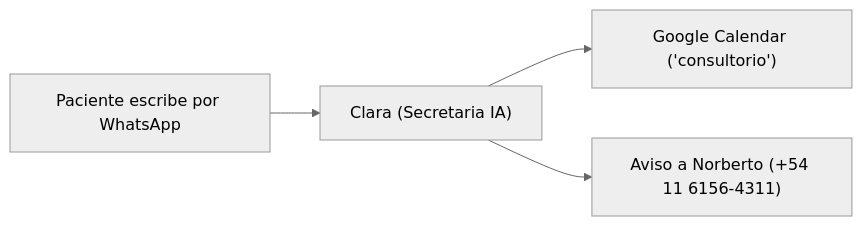
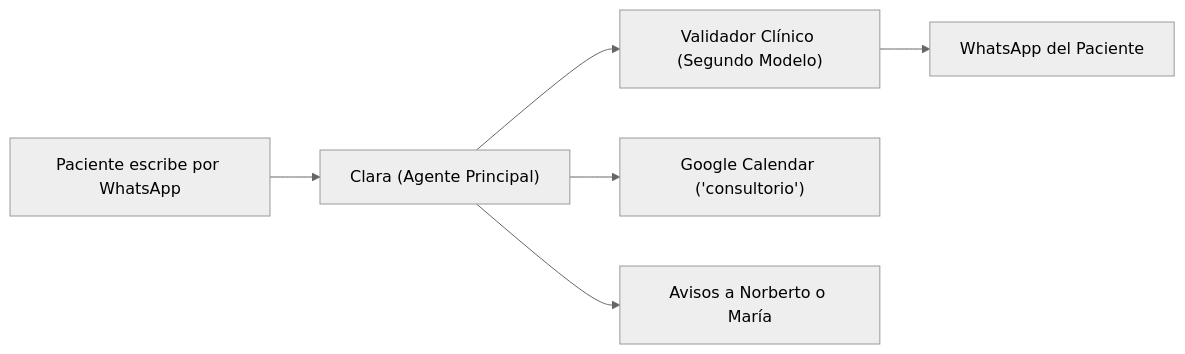
One commit to MartinBrude/kinesica changed the diagram in docs/manual-clara.md. Above: the diagram before and after it, drawn with Mermaid (neutral theme). The commit also changed other lines of this file and 1 other file, not shown here.

Commit message:
feat: implementar validador clinico en tiempo real (segundo modelo LLM)

````diff
--- a/docs/manual-clara.md
+++ b/docs/manual-clara.md
@@ -50,6 +58,8 @@
 ```mermaid
 flowchart LR
-    A["Paciente escribe por WhatsApp"] --> B["Clara (Secretaria IA)"]
-    B --> C["Google Calendar ('consultorio')"]
-    B --> D["Aviso a Norberto (+54 11 6156-4311)"]
+    A["Paciente escribe por WhatsApp"] --> B["Clara (Agente Principal)"]
+    B --> C["Validador Clínico (Segundo Modelo)"]
+    C --> D["WhatsApp del Paciente"]
+    B --> E["Google Calendar ('consultorio')"]
+    B --> F["Avisos a Norberto o María"]
 ```
````
